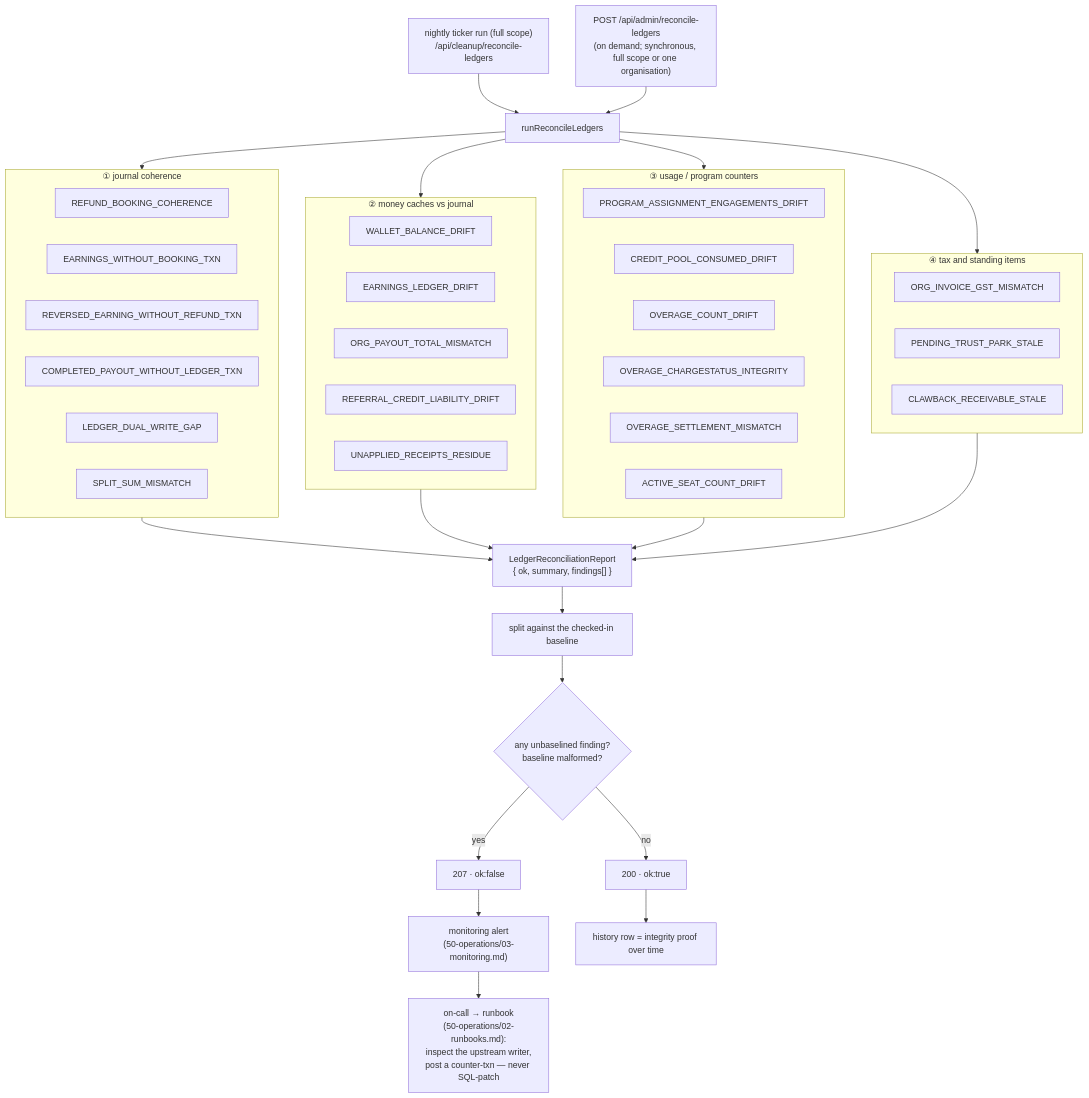
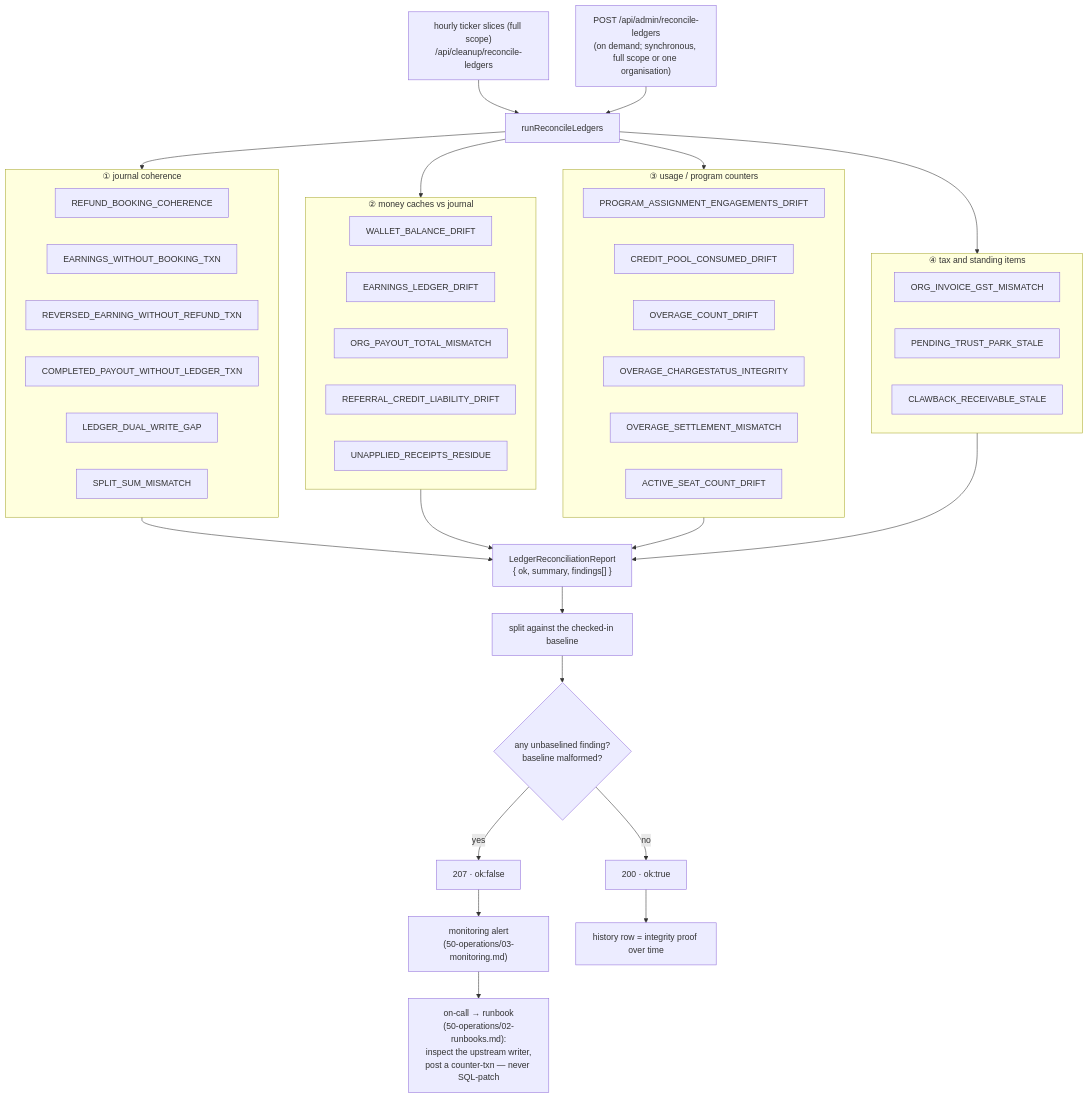
The second of 2 diagrams in docs/enterprise/10-money-and-ledger/13-ledger-integrity.md (Practitionist/familiarise_web), drawn with Mermaid before and after one commit. The commit also changed other lines of this file and 16 other files, not shown here.

````diff
--- a/docs/enterprise/10-money-and-ledger/13-ledger-integrity.md
+++ b/docs/enterprise/10-money-and-ledger/13-ledger-integrity.md
@@ -67,45 +67,45 @@
 ```mermaid
 flowchart TD
-  CRON["nightly ticker run (full scope)<br/>/api/cleanup/reconcile-ledgers"] --> RUN["runReconcileLedgers"]
+  CRON["hourly ticker slices (full scope)<br/>/api/cleanup/reconcile-ledgers"] --> RUN["runReconcileLedgers"]
   ADMIN["POST /api/admin/reconcile-ledgers<br/>(on demand; synchronous, full scope or one organisation)"] --> RUN
   RUN --> G1
   RUN --> G2
   RUN --> G3
   RUN --> G4
   subgraph G1["① journal coherence"]
     RBC["REFUND_BOOKING_COHERENCE"]
     EWB["EARNINGS_WITHOUT_BOOKING_TXN"]
     REF["REVERSED_EARNING_WITHOUT_REFUND_TXN"]
     CPW["COMPLETED_PAYOUT_WITHOUT_LEDGER_TXN"]
     DWG["LEDGER_DUAL_WRITE_GAP"]
     SSM["SPLIT_SUM_MISMATCH"]
   end
   subgraph G2["② money caches vs journal"]
     WBD["WALLET_BALANCE_DRIFT"]
     ELD["EARNINGS_LEDGER_DRIFT"]
     OPT["ORG_PAYOUT_TOTAL_MISMATCH"]
     RCL["REFERRAL_CREDIT_LIABILITY_DRIFT"]
     URR["UNAPPLIED_RECEIPTS_RESIDUE"]
   end
   subgraph G3["③ usage / program counters"]
     PAE["PROGRAM_ASSIGNMENT_ENGAGEMENTS_DRIFT"]
     CPC["CREDIT_POOL_CONSUMED_DRIFT"]
     OCD["OVERAGE_COUNT_DRIFT"]
     OCI["OVERAGE_CHARGESTATUS_INTEGRITY"]
     OSM["OVERAGE_SETTLEMENT_MISMATCH"]
     ASC["ACTIVE_SEAT_COUNT_DRIFT"]
   end
   subgraph G4["④ tax and standing items"]
     IGM["ORG_INVOICE_GST_MISMATCH"]
     PTS["PENDING_TRUST_PARK_STALE"]
     CRS["CLAWBACK_RECEIVABLE_STALE"]
   end
   G1 & G2 & G3 & G4 --> RPT["LedgerReconciliationReport<br/>{ ok, summary, findings[] }"]
   RPT --> BL["split against the checked-in baseline"]
   BL --> OK{"any unbaselined finding?<br/>baseline malformed?"}
   OK -- no --> CLEAN["200 · ok:true"]
   OK -- yes --> PAGE["207 · ok:false"]
   PAGE --> MON["monitoring alert<br/>(50-operations/03-monitoring.md)"]
   MON --> ONCALL["on-call → runbook<br/>(50-operations/02-runbooks.md):<br/>inspect the upstream writer,<br/>post a counter-txn — never SQL-patch"]
   CLEAN --> AUDIT["history row = integrity proof over time"]
 ```
````
